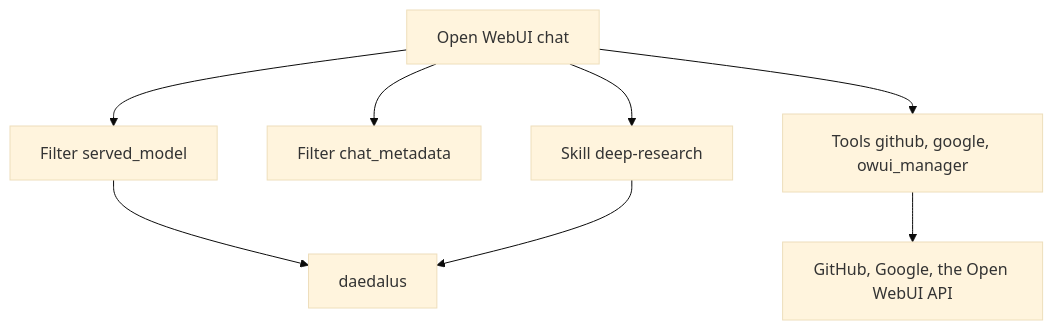
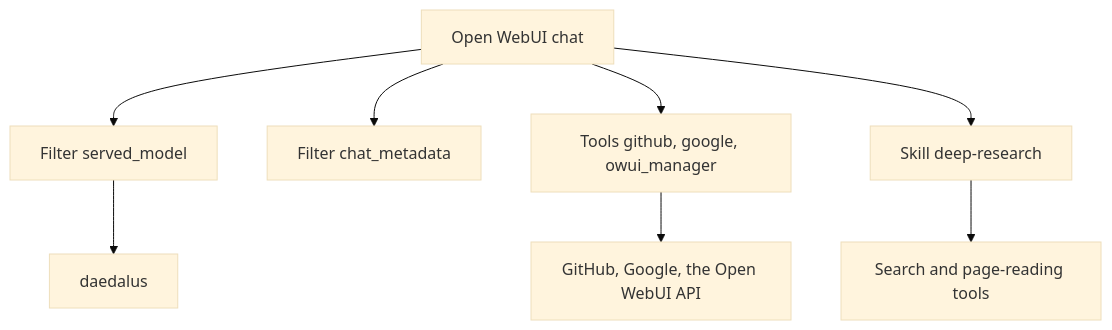
Before and after one commit to nemoe7/daedalus: the diagram in docs/integrations/owui.md, drawn with Mermaid (base theme). The commit also changed other lines of this file and 2 other files, not shown here.

Commit message:
docs: make the deep research skill portable

````diff
--- a/docs/integrations/owui.md
+++ b/docs/integrations/owui.md
@@ -16,10 +16,10 @@
 ```mermaid
 flowchart TD
   A[Open WebUI chat] --> B[Filter served_model]
   A --> C[Filter chat_metadata]
   A --> D[Tools github, google, owui_manager]
   A --> E[Skill deep-research]
   B --> F[daedalus]
   D --> G[GitHub, Google, the Open WebUI API]
-  E --> F
+  E --> H[Search and page-reading tools]
 ```
````
